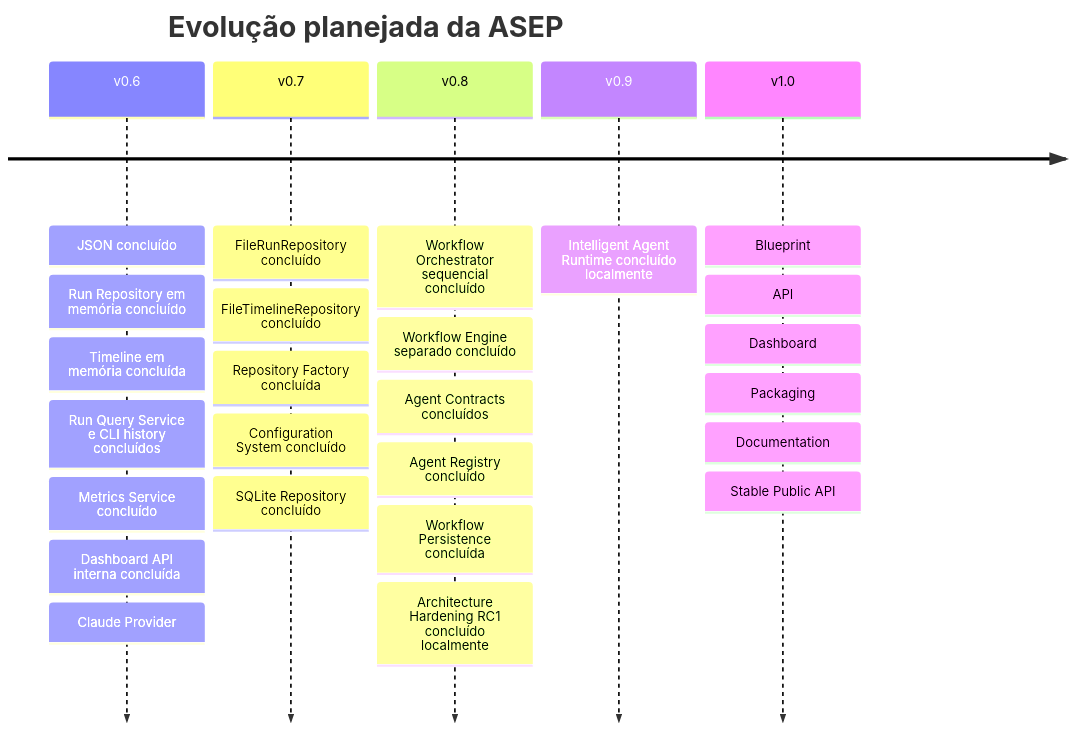
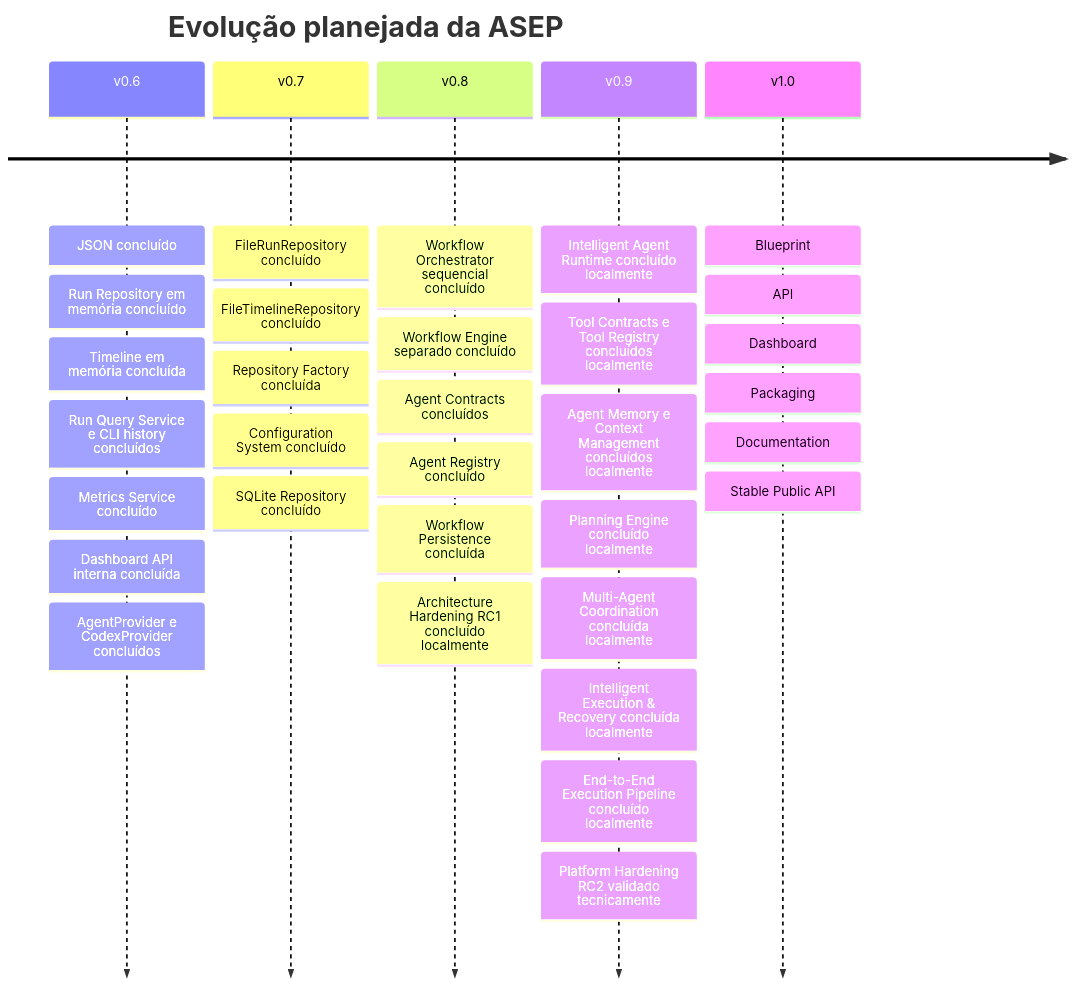
Before and after one commit to paul-92/fabrica-de-software: the diagram in docs/architecture/Roadmap.md, drawn with Mermaid. The commit also changed other lines of this file and 128 other files, not shown here.

Commit message:
feat(agents): complete phase 9 intelligent agents platform

````diff
--- a/docs/architecture/Roadmap.md
+++ b/docs/architecture/Roadmap.md
@@ -14,29 +14,36 @@
 ```mermaid
 timeline
     title Evolução planejada da ASEP
     v0.6 : JSON concluído
          : Run Repository em memória concluído
          : Timeline em memória concluída
          : Run Query Service e CLI history concluídos
          : Metrics Service concluído
          : Dashboard API interna concluída
-         : Claude Provider
+         : AgentProvider e CodexProvider concluídos
     v0.7 : FileRunRepository concluído
          : FileTimelineRepository concluído
          : Repository Factory concluída
          : Configuration System concluído
          : SQLite Repository concluído
     v0.8 : Workflow Orchestrator sequencial concluído
          : Workflow Engine separado concluído
          : Agent Contracts concluídos
          : Agent Registry concluído
          : Workflow Persistence concluída
          : Architecture Hardening RC1 concluído localmente
     v0.9 : Intelligent Agent Runtime concluído localmente
+         : Tool Contracts e Tool Registry concluídos localmente
+         : Agent Memory e Context Management concluídos localmente
+         : Planning Engine concluído localmente
+         : Multi-Agent Coordination concluída localmente
+         : Intelligent Execution & Recovery concluída localmente
+         : End-to-End Execution Pipeline concluído localmente
+         : Platform Hardening RC2 validado tecnicamente
     v1.0 : Blueprint
          : API
          : Dashboard
          : Packaging
          : Documentation
          : Stable Public API
 ```
````
